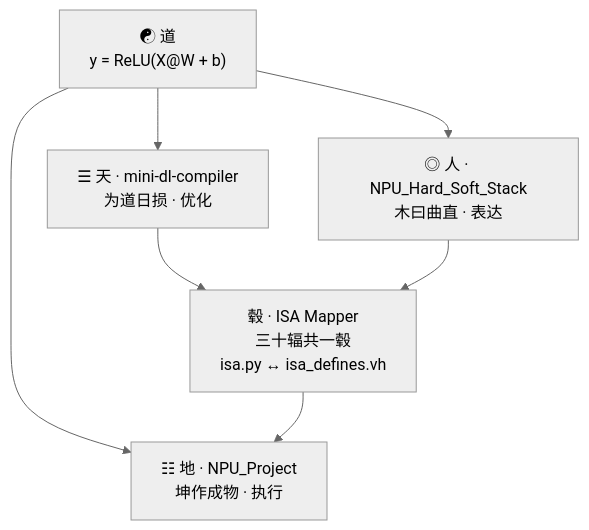
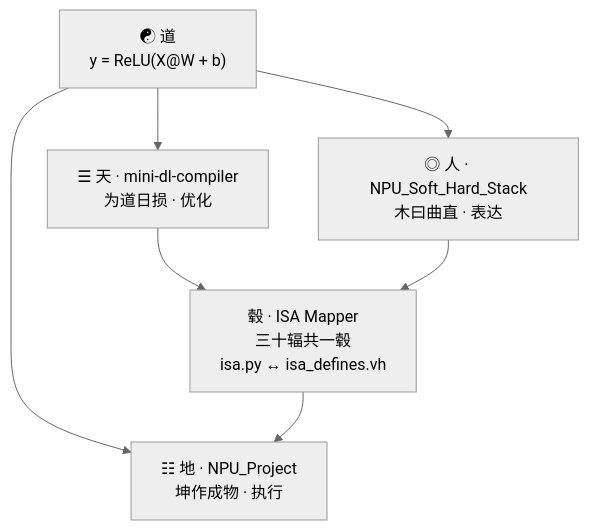
One commit to baoshuyun/dl-compiler-dao changed the diagram in README.md. Above: the diagram before and after it, drawn with Mermaid (neutral theme). The commit also changed other lines of this file and 14 other files, not shown here.

````diff
--- a/README.md
+++ b/README.md
@@ -7,10 +10,10 @@
 ```mermaid
 graph TD
     算式["☯ 道<br/>y = ReLU(X@W + b)"]
     算式 --> 天["☰ 天 · mini-dl-compiler<br/>为道日损 · 优化"]
-    算式 --> 人["◎ 人 · NPU_Hard_Soft_Stack<br/>木曰曲直 · 表达"]
+    算式 --> 人["◎ 人 · NPU_Soft_Hard_Stack<br/>木曰曲直 · 表达"]
     算式 --> 地["☷ 地 · NPU_Project<br/>坤作成物 · 执行"]
     天 --> 毂["毂 · ISA Mapper<br/>三十辐共一毂<br/>isa.py ↔ isa_defines.vh"]
     人 --> 毂
     毂 --> 地
 ```
````
